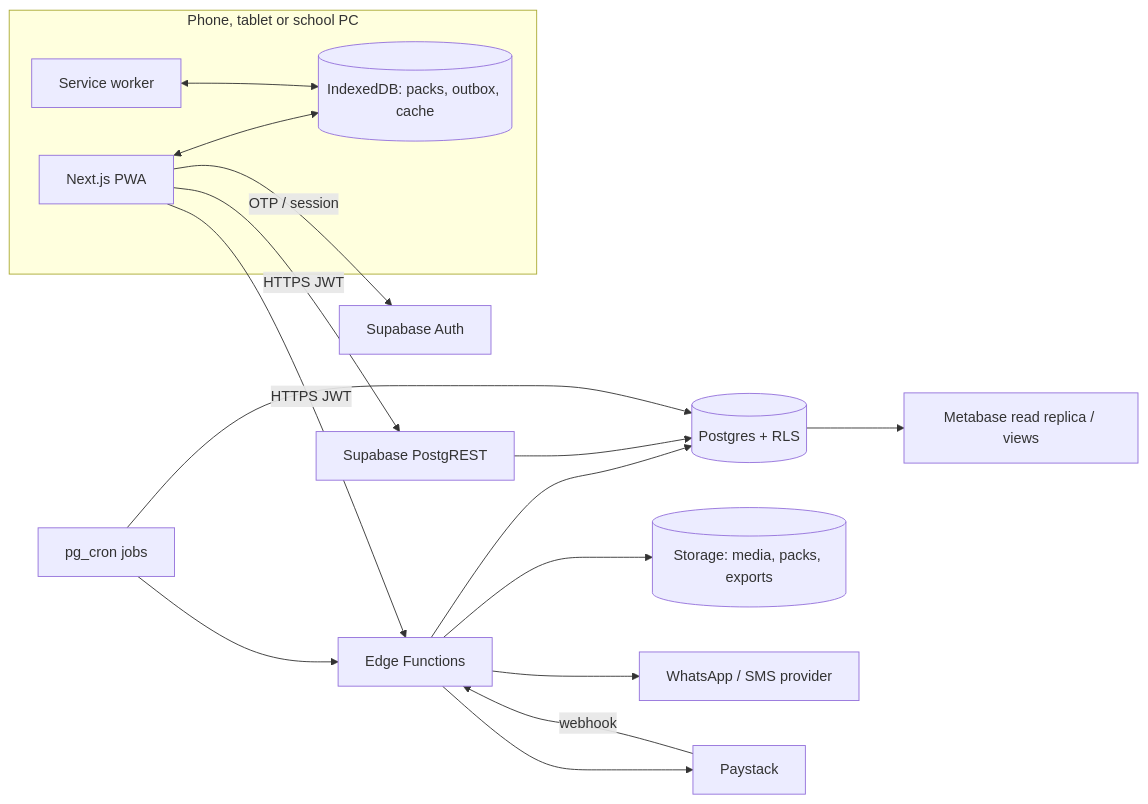
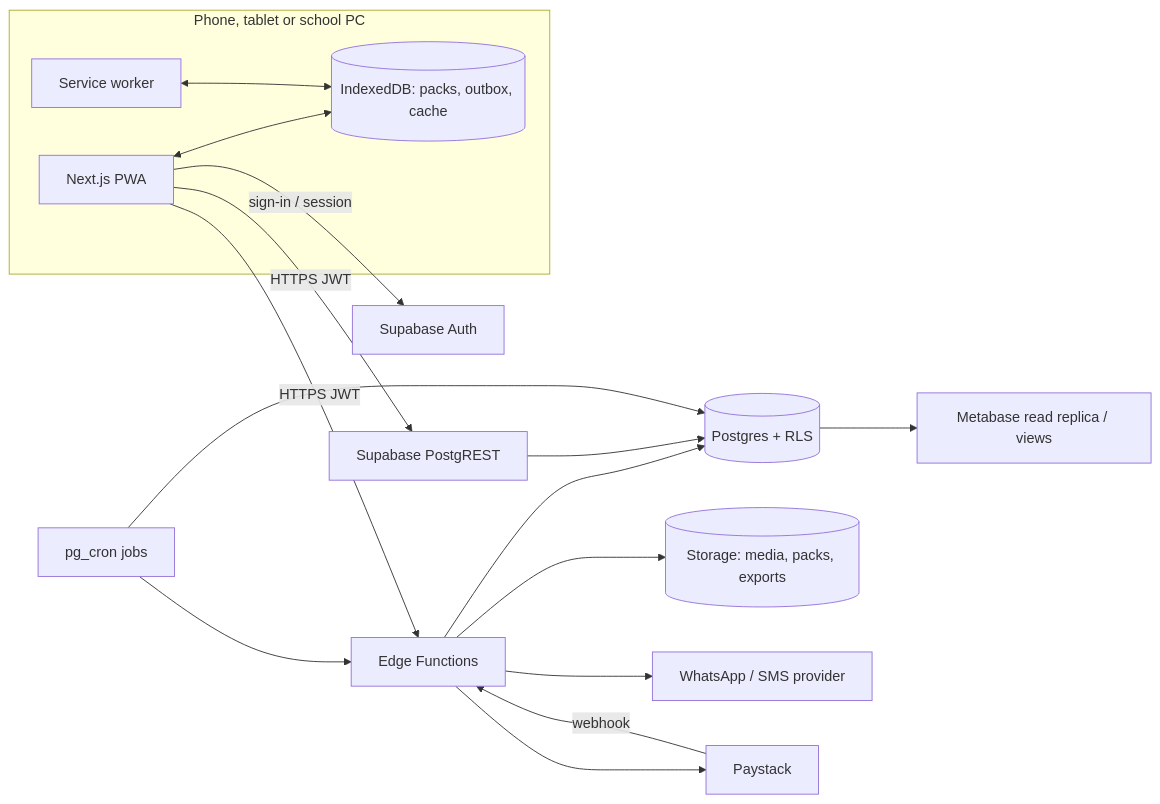
One commit to 0biken/Stellara changed the first of 2 diagrams in docs/md/04-technical-architecture.md. Above: the diagram before and after it, drawn with Mermaid. The commit also changed other lines of this file and 102 other files, not shown here.

````diff
--- a/docs/md/04-technical-architecture.md
+++ b/docs/md/04-technical-architecture.md
@@ -19,22 +19,22 @@
 ```mermaid
 flowchart LR
   subgraph Device[Phone, tablet or school PC]
     UI[Next.js PWA]
     SW[Service worker]
     IDB[(IndexedDB: packs, outbox, cache)]
     UI <--> IDB
     SW <--> IDB
   end
   UI -- HTTPS JWT --> PR[Supabase PostgREST]
   UI -- HTTPS JWT --> EF[Edge Functions]
-  UI -- OTP / session --> AUTH[Supabase Auth]
+  UI -- sign-in / session --> AUTH[Supabase Auth]
   EF --> DB[(Postgres + RLS)]
   PR --> DB
   EF --> ST[(Storage: media, packs, exports)]
   CRON[pg_cron jobs] --> DB
   CRON --> EF
   EF --> MSG[WhatsApp / SMS provider]
   EF --> PAY[Paystack]
   PAY -- webhook --> EF
   DB --> MB[Metabase read replica / views]
 ```
````
